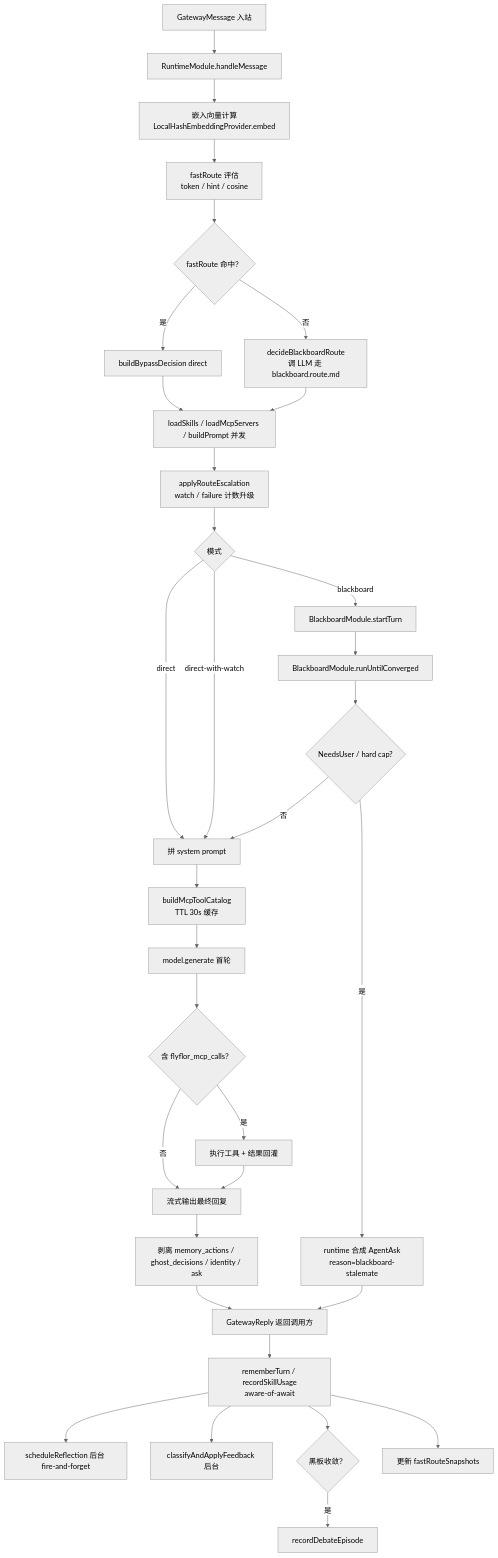
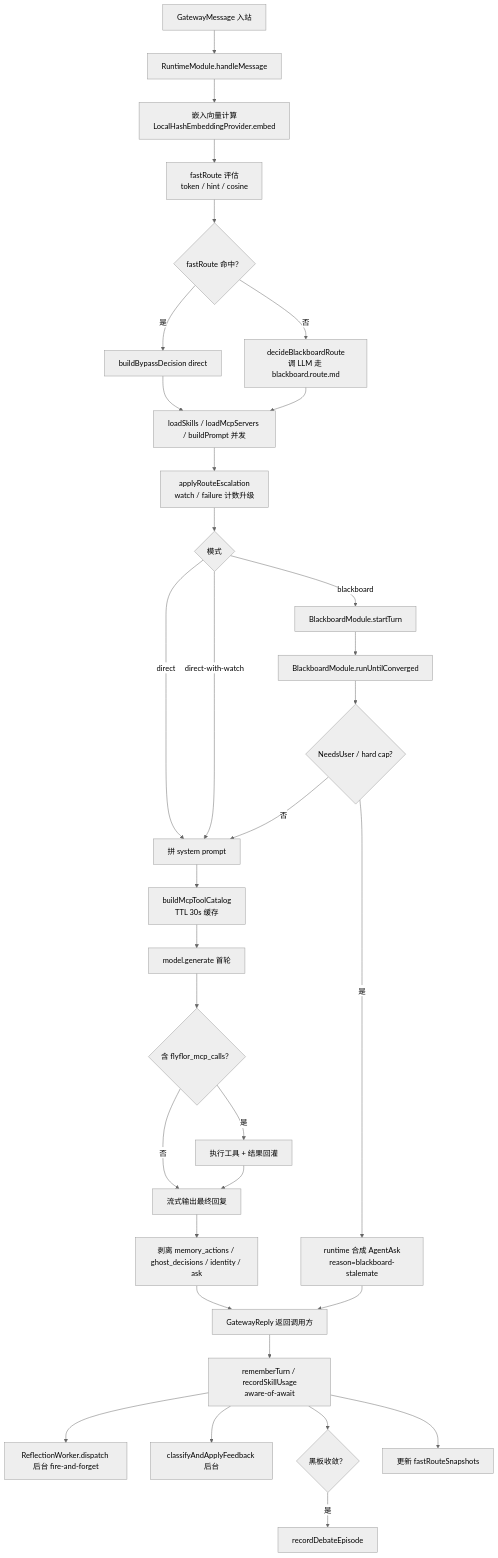
The first of 5 diagrams in docs/runtime.turn.md (flyflor/flyflor), drawn with Mermaid (neutral theme) before and after one commit. The commit also changed other lines of this file and 129 other files, not shown here.

````diff
--- a/docs/runtime.turn.md
+++ b/docs/runtime.turn.md
@@ -21,35 +21,35 @@
 ```mermaid
 flowchart TB
     A["GatewayMessage 入站"] --> B["RuntimeModule.handleMessage"]
     B --> C["嵌入向量计算<br/>LocalHashEmbeddingProvider.embed"]
     C --> D["fastRoute 评估<br/>token / hint / cosine"]
     D --> E{"fastRoute 命中？"}
     E -- 是 --> F["buildBypassDecision direct"]
     E -- 否 --> G["decideBlackboardRoute<br/>调 LLM 走 blackboard.route.md"]
     F --> H["loadSkills / loadMcpServers / buildPrompt 并发"]
     G --> H
     H --> I["applyRouteEscalation<br/>watch / failure 计数升级"]
     I --> J{"模式"}
     J -- direct --> M["拼 system prompt"]
     J -- direct-with-watch --> M
     J -- blackboard --> K["BlackboardModule.startTurn"]
     K --> L["BlackboardModule.runUntilConverged"]
     L --> AskGate{"NeedsUser / hard cap?"}
     AskGate -- 是 --> Ask["runtime 合成 AgentAsk<br/>reason=blackboard-stalemate"]
     AskGate -- 否 --> M
     M --> N["buildMcpToolCatalog<br/>TTL 30s 缓存"]
     N --> O["model.generate 首轮"]
     O --> P{"含 flyflor_mcp_calls？"}
     P -- 是 --> Q["执行工具 + 结果回灌"]
     P -- 否 --> R["流式输出最终回复"]
     Q --> R
     R --> Parse["剥离 memory_actions / ghost_decisions / identity / ask"]
     Parse --> S["GatewayReply 返回调用方"]
     Ask --> S
     S --> T["rememberTurn / recordSkillUsage<br/>aware-of-await"]
-    T --> U["scheduleReflection 后台 fire-and-forget"]
+    T --> U["ReflectionWorker.dispatch 后台 fire-and-forget"]
     T --> V["classifyAndApplyFeedback 后台"]
     T --> W{"黑板收敛？"}
     W -- 是 --> X["recordDebateEpisode"]
     T --> Y["更新 fastRouteSnapshots"]
 ```
````
